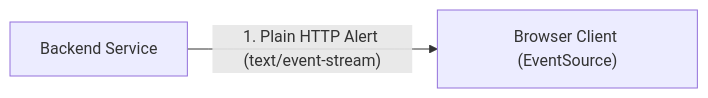
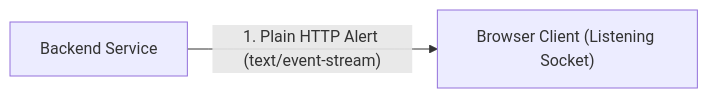
One commit to loerei/myskills changed the first of 3 diagrams in productivity/your-co-engineer-for-this-jet-engine-is-an-infant/REFERENCE.md. Above: the diagram before and after it, drawn with Mermaid. The commit also changed other lines of this file and 1 other file, not shown here.

Commit message:
feat(skills): enshrine ideology 'explain through idea of tech terms' and ban raw code dumps in diagram nodes

````diff
--- a/productivity/your-co-engineer-for-this-jet-engine-is-an-infant/REFERENCE.md
+++ b/productivity/your-co-engineer-for-this-jet-engine-is-an-infant/REFERENCE.md
@@ -44,4 +56,4 @@
 ```mermaid
 flowchart LR
-    Backend["Backend Service"] -->|"1. Plain HTTP Alert (text/event-stream)"| Browser["Browser Client (EventSource)"]
+    Backend["Backend Service"] -->|"1. Plain HTTP Alert (text/event-stream)"| Browser["Browser Client (Listening Socket)"]
 ```
````
